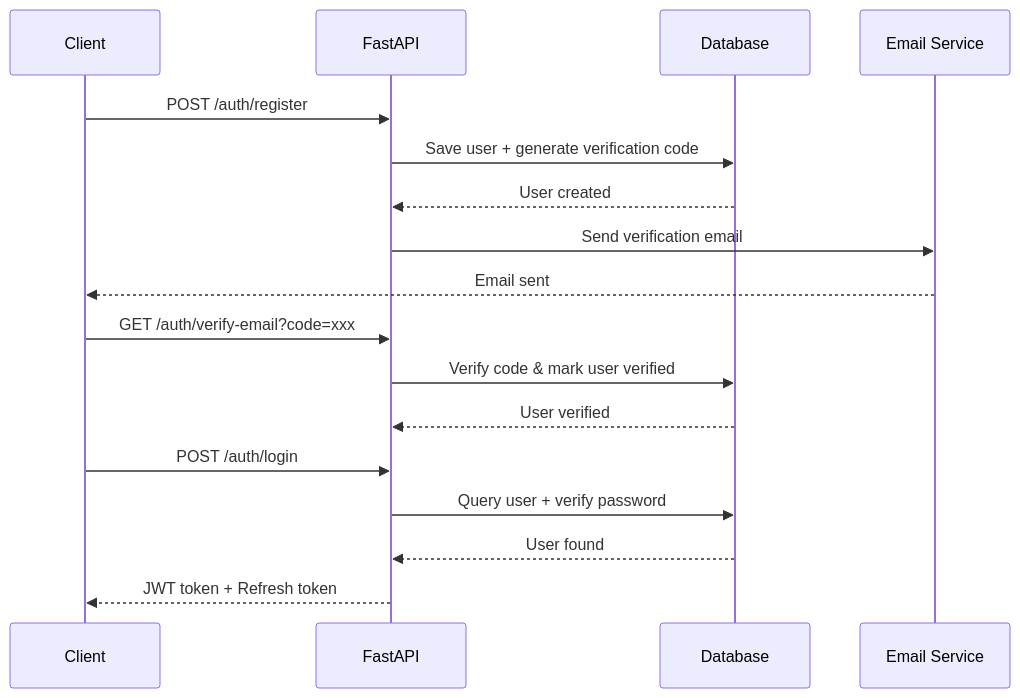
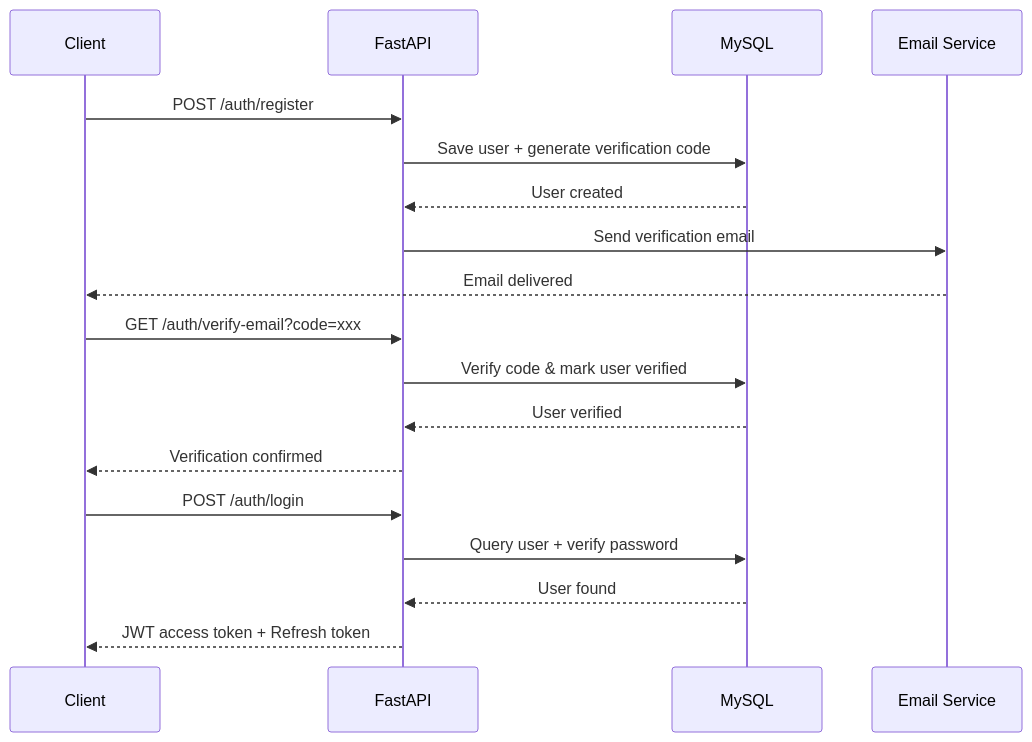
The second of 4 diagrams in ARCHITECTURE.md (fara77ezma/Leader-Board-Real-Time-System), drawn with Mermaid before and after one commit. The commit also changed other lines of this file, not shown here.

First line of the commit message:
Revise architecture document for clarity and accuracy

````diff
--- a/ARCHITECTURE.md
+++ b/ARCHITECTURE.md
@@ -64,22 +64,23 @@
 ```mermaid
 sequenceDiagram
     participant Client
     participant API as FastAPI
-    participant DB as Database
+    participant DB as MySQL
     participant Mail as Email Service
     
     Client->>API: POST /auth/register
     API->>DB: Save user + generate verification code
     DB-->>API: User created
     API->>Mail: Send verification email
-    Mail-->>Client: Email sent
+    Mail-->>Client: Email delivered
     
     Client->>API: GET /auth/verify-email?code=xxx
     API->>DB: Verify code & mark user verified
     DB-->>API: User verified
+    API-->>Client: Verification confirmed
     
     Client->>API: POST /auth/login
     API->>DB: Query user + verify password
     DB-->>API: User found
-    API-->>Client: JWT token + Refresh token
+    API-->>Client: JWT access token + Refresh token
 ```
````
